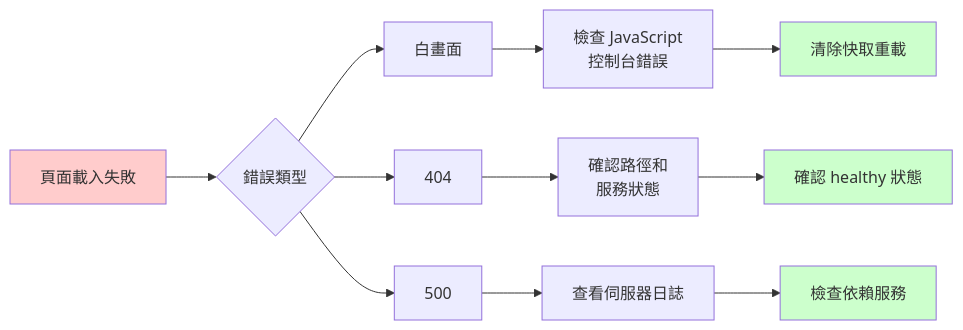
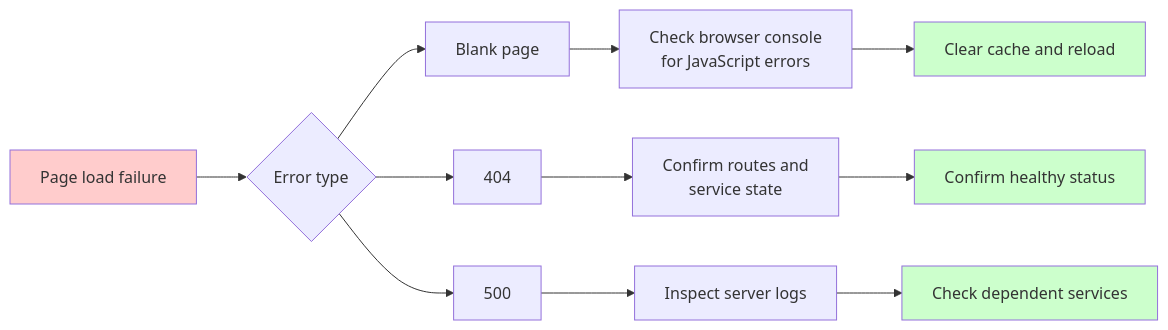
Before and after one commit to tryweb/ai-engkit: the fifth of 9 diagrams in docs/TROUBLESHOOTING.md, drawn with Mermaid. The commit also changed other lines of this file and 14 other files, not shown here.

````diff
--- a/docs/TROUBLESHOOTING.md
+++ b/docs/TROUBLESHOOTING.md
@@ -349,21 +345,21 @@
 ```mermaid
 graph LR
-    A["頁面載入失敗"] --> B{"錯誤類型"}
-    
-    B --> C["白畫面"]
+    A["Page load failure"] --> B{"Error type"}
+
+    B --> C["Blank page"]
     B --> D["404"]
     B --> E["500"]
-    
-    C --> F["檢查 JavaScript<br/>控制台錯誤"]
-    D --> G["確認路徑和<br/>服務狀態"]
-    E --> H["查看伺服器日誌"]
-    
-    F --> I["清除快取重載"]
-    G --> J["確認 healthy 狀態"]
-    H --> K["檢查依賴服務"]
-    
+
+    C --> F["Check browser console<br/>for JavaScript errors"]
+    D --> G["Confirm routes and<br/>service state"]
+    E --> H["Inspect server logs"]
+
+    F --> I["Clear cache and reload"]
+    G --> J["Confirm healthy status"]
+    H --> K["Check dependent services"]
+
     style A fill:#ffcccc
     style I fill:#ccffcc
     style J fill:#ccffcc
     style K fill:#ccffcc
 ```
````
